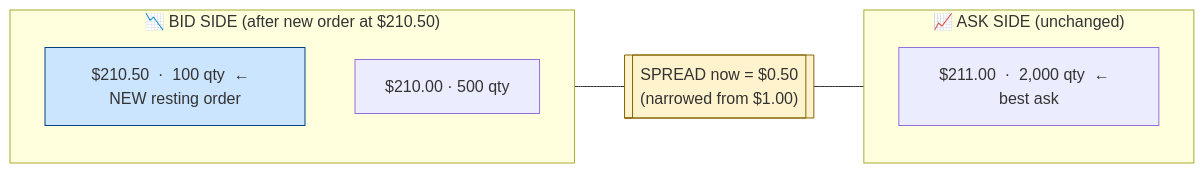
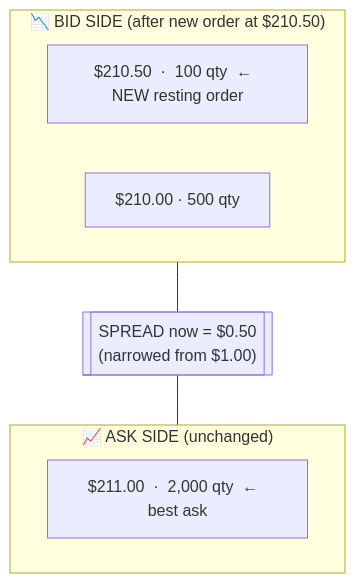
Before and after one commit to johan162/EduMatcher: the fourth of 10 diagrams in docs/architecture/02-architecture-guide.md, drawn with Mermaid. The commit also changed other lines of this file, not shown here.

Commit message:
Cleaned up Mermaid graphs

````diff
--- a/docs/architecture/02-architecture-guide.md
+++ b/docs/architecture/02-architecture-guide.md
@@ -237,14 +229,12 @@
 ```mermaid
-graph LR
+graph TB
     subgraph BIDS2["📉  BID SIDE  (after new order at $210.50)"]
         NB1["$210.50  ·  100 qty  ←  NEW resting order"]
         NB2["$210.00  ·  500 qty"]
     end
     SP2[["SPREAD now = $0.50\n(narrowed from $1.00)"]]
     subgraph ASKS2["📈  ASK SIDE  (unchanged)"]
         NA1["$211.00  ·  2,000 qty  ←  best ask"]
     end
     BIDS2 --- SP2 --- ASKS2
-    style NB1 fill:#cce5ff,stroke:#004085
-    style SP2 fill:#fff3cd,stroke:#856404
 ```
````
